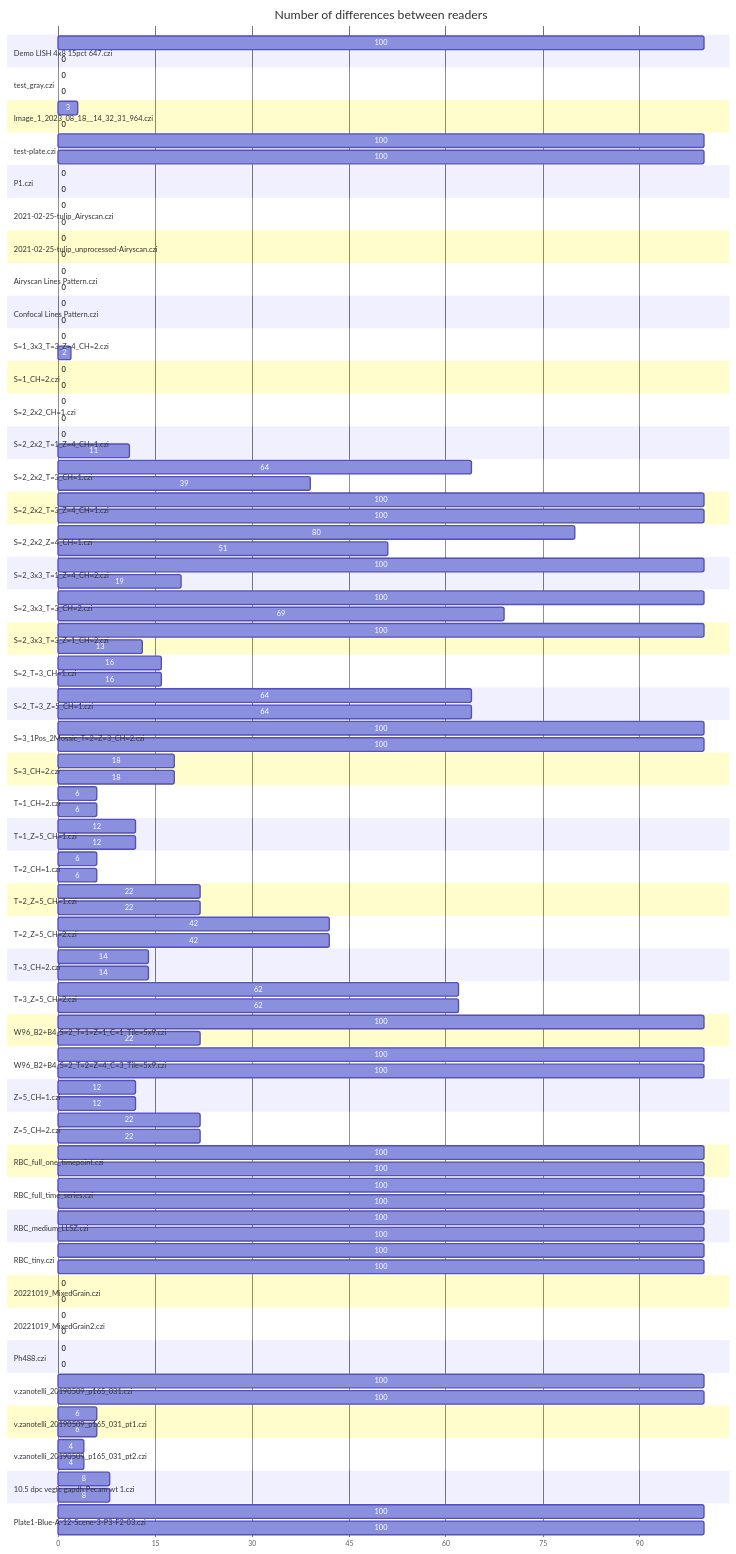
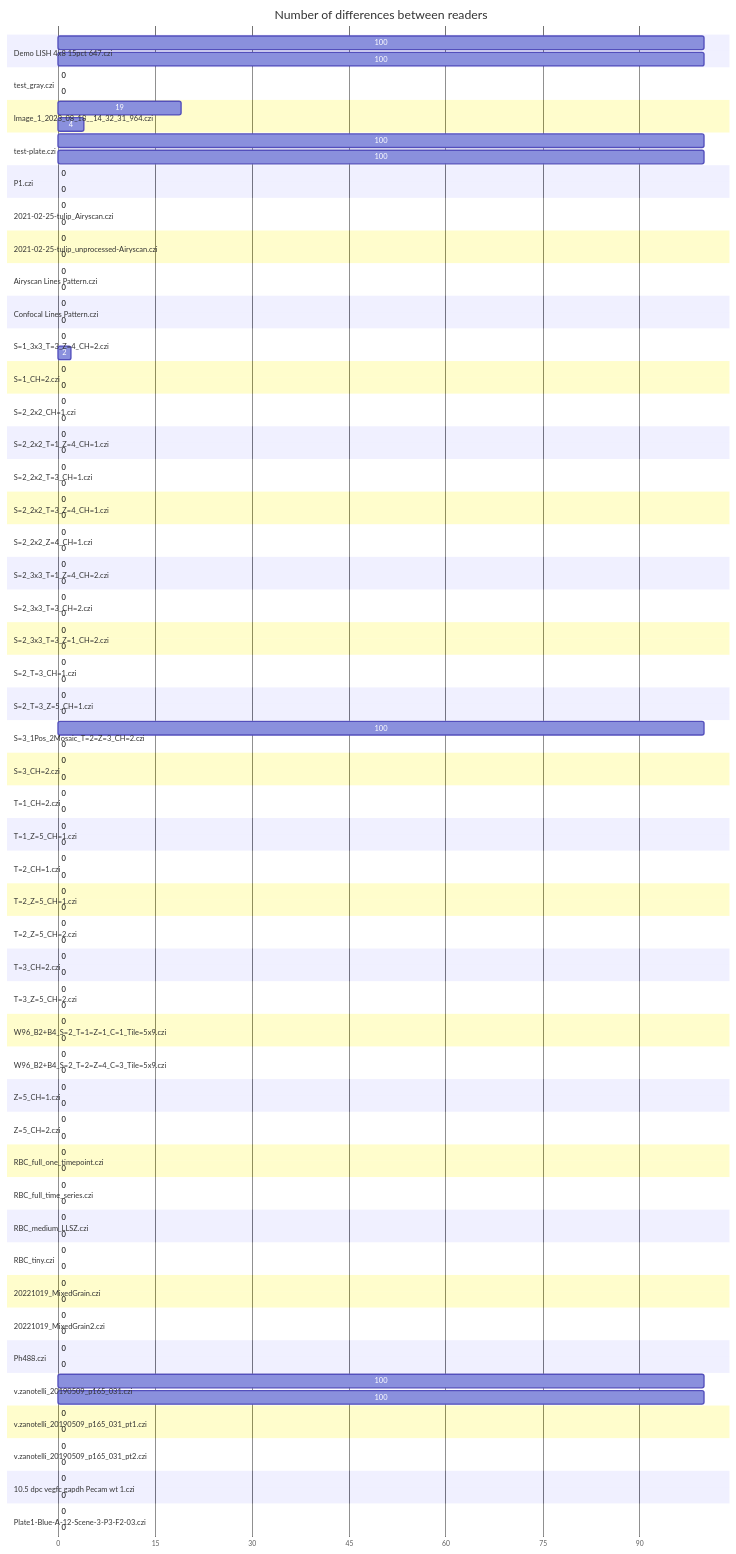
Before and after one commit to BIOP/quick-start-czi-reader: the first of 4 diagrams in comparison_summary_chart.md, drawn with Mermaid. The commit also changed other lines of this file and 97 other files, not shown here.

````diff
--- a/comparison_summary_chart.md
+++ b/comparison_summary_chart.md
@@ -8,15 +8,15 @@
             section Demo LISH 4x8 15pct 647.czi
             100   : 0, 100
             section Demo LISH 4x8 15pct 647.czi
-            0   : 0, 0
+            100   : 0, 100
             section test_gray.czi
             0   : 0, 0
             section test_gray.czi
             0   : 0, 0
             section Image_1_2023_08_18__14_32_31_964.czi
-            3   : 0, 3
+            19   : 0, 19
             section Image_1_2023_08_18__14_32_31_964.czi
-            0   : 0, 0
+            4   : 0, 4
             section test-plate.czi
             100   : 0, 100
             section test-plate.czi
@@ -56,107 +56,107 @@
             section S=2_2x2_T=1_Z=4_CH=1.czi
             0   : 0, 0
             section S=2_2x2_T=1_Z=4_CH=1.czi
-            11   : 0, 11
+            0   : 0, 0
             section S=2_2x2_T=3_CH=1.czi
-            64   : 0, 64
+            0   : 0, 0
             section S=2_2x2_T=3_CH=1.czi
-            39   : 0, 39
+            0   : 0, 0
             section S=2_2x2_T=3_Z=4_CH=1.czi
-            100   : 0, 100
+            0   : 0, 0
             section S=2_2x2_T=3_Z=4_CH=1.czi
-            100   : 0, 100
+            0   : 0, 0
             section S=2_2x2_Z=4_CH=1.czi
-            80   : 0, 80
+            0   : 0, 0
             section S=2_2x2_Z=4_CH=1.czi
-            51   : 0, 51
+            0   : 0, 0
             section S=2_3x3_T=1_Z=4_CH=2.czi
-            100   : 0, 100
+            0   : 0, 0
             section S=2_3x3_T=1_Z=4_CH=2.czi
-            19   : 0, 19
+            0   : 0, 0
             section S=2_3x3_T=3_CH=2.czi
-            100   : 0, 100
+            0   : 0, 0
             section S=2_3x3_T=3_CH=2.czi
-            69   : 0, 69
+            0   : 0, 0
             section S=2_3x3_T=3_Z=1_CH=2.czi
-            100   : 0, 100
+            0   : 0, 0
             section S=2_3x3_T=3_Z=1_CH=2.czi
-            13   : 0, 13
+            0   : 0, 0
             section S=2_T=3_CH=1.czi
-            16   : 0, 16
+            0   : 0, 0
             section S=2_T=3_CH=1.czi
-            16   : 0, 16
+            0   : 0, 0
             section S=2_T=3_Z=5_CH=1.czi
-            64   : 0, 64
+            0   : 0, 0
             section S=2_T=3_Z=5_CH=1.czi
-            64   : 0, 64
+            0   : 0, 0
             section S=3_1Pos_2Mosaic_T=2=Z=3_CH=2.czi
             100   : 0, 100
             section S=3_1Pos_2Mosaic_T=2=Z=3_CH=2.czi
-            100   : 0, 100
+            0   : 0, 0
             section S=3_CH=2.czi
-            18   : 0, 18
+            0   : 0, 0
             section S=3_CH=2.czi
-            18   : 0, 18
+            0   : 0, 0
             section T=1_CH=2.czi
-            6   : 0, 6
+            0   : 0, 0
             section T=1_CH=2.czi
-            6   : 0, 6
+            0   : 0, 0
             section T=1_Z=5_CH=1.czi
-            12   : 0, 12
+            0   : 0, 0
             section T=1_Z=5_CH=1.czi
-            12   : 0, 12
+            0   : 0, 0
             section T=2_CH=1.czi
-            6   : 0, 6
+            0   : 0, 0
             section T=2_CH=1.czi
-            6   : 0, 6
+            0   : 0, 0
             section T=2_Z=5_CH=1.czi
-            22   : 0, 22
+            0   : 0, 0
             section T=2_Z=5_CH=1.czi
-            22   : 0, 22
+            0   : 0, 0
             section T=2_Z=5_CH=2.czi
-            42   : 0, 42
+            0   : 0, 0
             section T=2_Z=5_CH=2.czi
-            42   : 0, 42
+            0   : 0, 0
             section T=3_CH=2.czi
-            14   : 0, 14
+            0   : 0, 0
             section T=3_CH=2.czi
-            14   : 0, 14
+            0   : 0, 0
             section T=3_Z=5_CH=2.czi
-            62   : 0, 62
+            0   : 0, 0
             section T=3_Z=5_CH=2.czi
-            62   : 0, 62
+            0   : 0, 0
             section W96_B2+B4_S=2_T=1=Z=1_C=1_Tile=5x9.czi
-            100   : 0, 100
+            0   : 0, 0
             section W96_B2+B4_S=2_T=1=Z=1_C=1_Tile=5x9.czi
-            22   : 0, 22
+            0   : 0, 0
             section W96_B2+B4_S=2_T=2=Z=4_C=3_Tile=5x9.czi
-            100   : 0, 100
+            0   : 0, 0
             section W96_B2+B4_S=2_T=2=Z=4_C=3_Tile=5x9.czi
-            100   : 0, 100
+            0   : 0, 0
             section Z=5_CH=1.czi
-            12   : 0, 12
+            0   : 0, 0
             section Z=5_CH=1.czi
-            12   : 0, 12
+            0   : 0, 0
             section Z=5_CH=2.czi
-            22   : 0, 22
+            0   : 0, 0
             section Z=5_CH=2.czi
-            22   : 0, 22
+            0   : 0, 0
             section RBC_full_one_timepoint.czi
-            100   : 0, 100
+            0   : 0, 0
             section RBC_full_one_timepoint.czi
-            100   : 0, 100
+            0   : 0, 0
             section RBC_full_time_series.czi
-            100   : 0, 100
+            0   : 0, 0
             section RBC_full_time_series.czi
-            100   : 0, 100
+            0   : 0, 0
             section RBC_medium_LLSZ.czi
-            100   : 0, 100
+            0   : 0, 0
             section RBC_medium_LLSZ.czi
-            100   : 0, 100
+            0   : 0, 0
             section RBC_tiny.czi
-            100   : 0, 100
+            0   : 0, 0
             section RBC_tiny.czi
-            100   : 0, 100
+            0   : 0, 0
             section 20221019_MixedGrain.czi
             0   : 0, 0
             section 20221019_MixedGrain.czi
@@ -174,19 +174,19 @@
             section v.zanotelli_20190509_p165_031.czi
             100   : 0, 100
             section v.zanotelli_20190509_p165_031_pt1.czi
-            6   : 0, 6
+            0   : 0, 0
             section v.zanotelli_20190509_p165_031_pt1.czi
-            6   : 0, 6
+            0   : 0, 0
             section v.zanotelli_20190509_p165_031_pt2.czi
-            4   : 0, 4
+            0   : 0, 0
             section v.zanotelli_20190509_p165_031_pt2.czi
-            4   : 0, 4
+            0   : 0, 0
             section 10.5 dpc vegfc gapdh Pecam wt 1.czi
-            8   : 0, 8
+            0   : 0, 0
             section 10.5 dpc vegfc gapdh Pecam wt 1.czi
-            8   : 0, 8
+            0   : 0, 0
             section Plate1-Blue-A-12-Scene-3-P3-F2-03.czi
-            100   : 0, 100
+            0   : 0, 0
             section Plate1-Blue-A-12-Scene-3-P3-F2-03.czi
-            100   : 0, 100
+            0   : 0, 0
 ```
````
